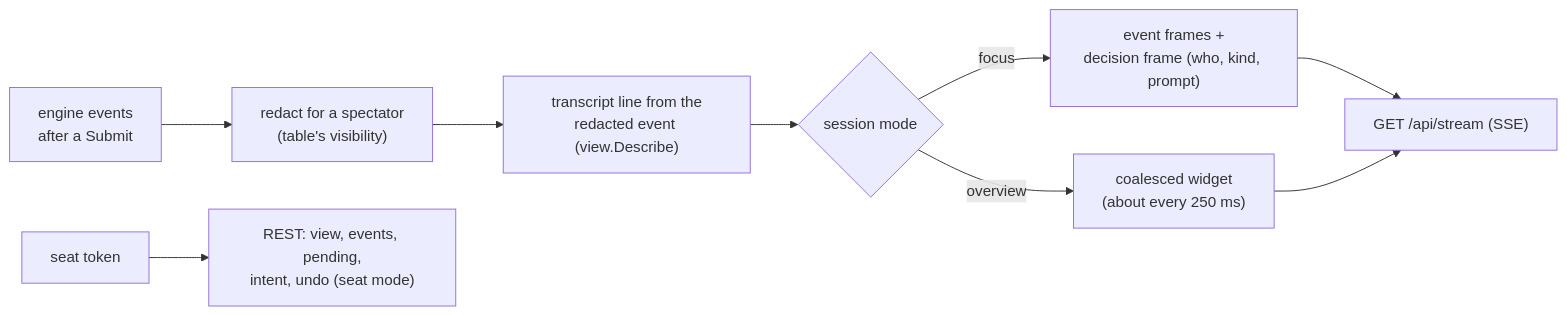
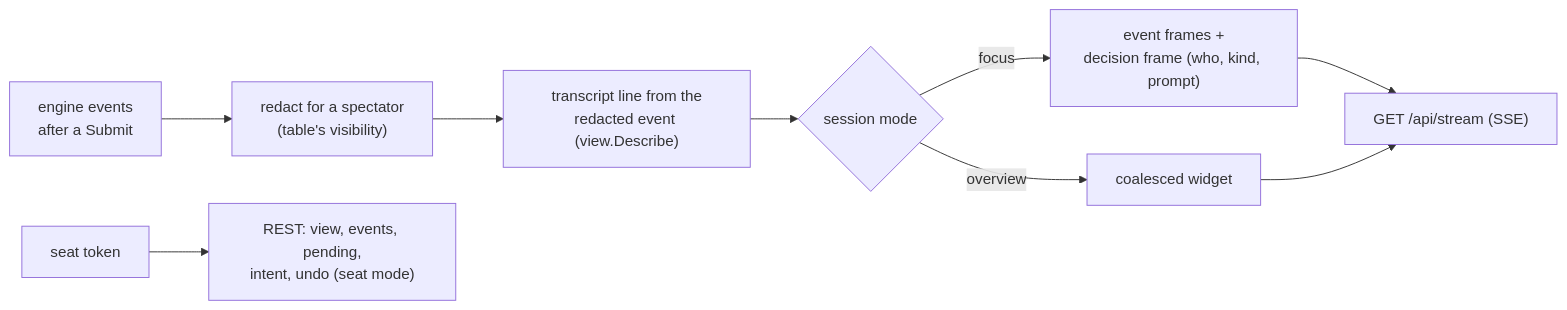
The third of 3 diagrams in docs/site/architecture/gorge/server.md (adams-shaun/gorge), drawn with Mermaid before and after one commit. The commit also changed other lines of this file and 94 other files, not shown here.

````diff
--- a/docs/site/architecture/gorge/server.md
+++ b/docs/site/architecture/gorge/server.md
@@ -154,11 +145,11 @@
 ```mermaid
 flowchart LR
   E["engine events<br/>after a Submit"] --> R["redact for a spectator<br/>(table's visibility)"]
   R --> L["transcript line from the<br/>redacted event (view.Describe)"]
   L --> F{"session mode"}
   F -- focus --> EV["event frames +<br/>decision frame (who, kind, prompt)"]
-  F -- overview --> W["coalesced widget<br/>(about every 250 ms)"]
+  F -- overview --> W["coalesced widget"]
   EV --> SSE["GET /api/stream (SSE)"]
   W --> SSE
   S["seat token"] --> REST["REST: view, events, pending,<br/>intent, undo (seat mode)"]
 ```
````
